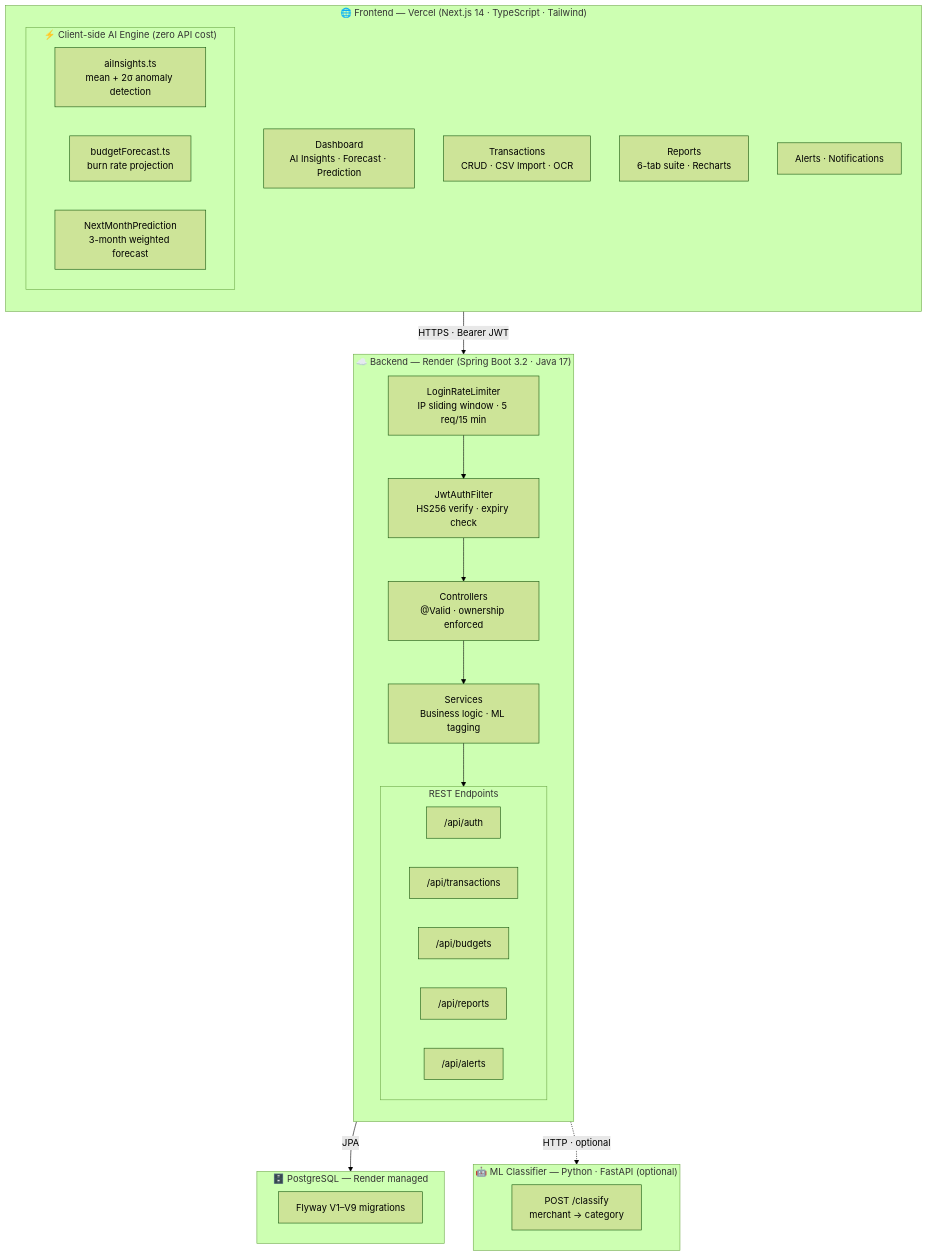
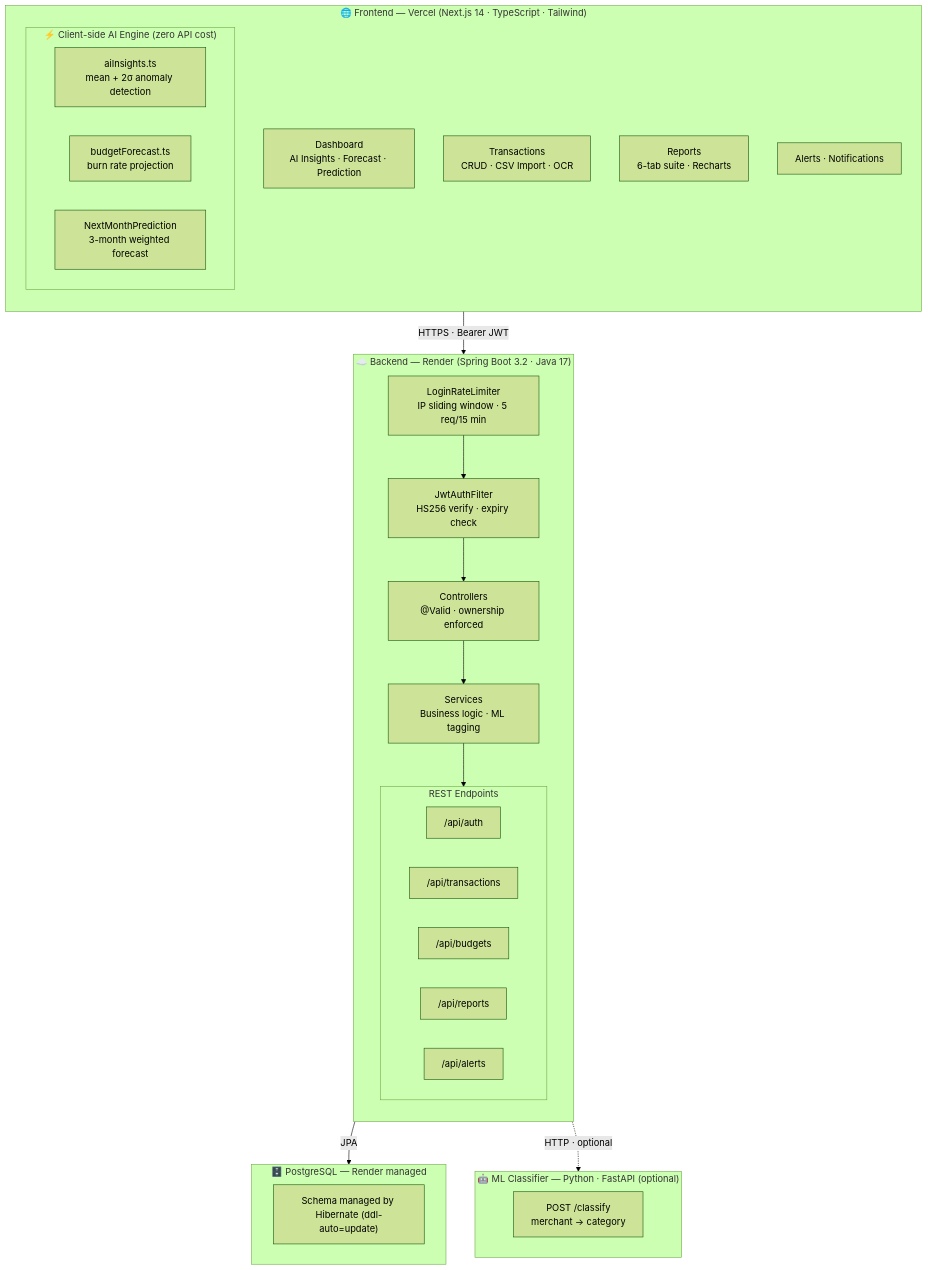
Before and after one commit to GanasalaChandana/FinTrack-AI-Powered-Personal-Finance-Platform: the diagram in README.md, drawn with Mermaid (forest theme). The commit also changed other lines of this file and 6 other files, not shown here.

````diff
--- a/README.md
+++ b/README.md
@@ -83,45 +83,45 @@
 ```mermaid
 flowchart TD
     subgraph FE["🌐 Frontend — Vercel (Next.js 14 · TypeScript · Tailwind)"]
         direction TB
         dash["Dashboard\nAI Insights · Forecast · Prediction"]
         txn["Transactions\nCRUD · CSV Import · OCR"]
         rep["Reports\n6-tab suite · Recharts"]
         ale["Alerts · Notifications"]
 
         subgraph AI["⚡ Client-side AI Engine (zero API cost)"]
             ai1["aiInsights.ts\nmean + 2σ anomaly detection"]
             ai2["budgetForecast.ts\nburn rate projection"]
             ai3["NextMonthPrediction\n3-month weighted forecast"]
         end
     end
 
     subgraph BE["☁️ Backend — Render (Spring Boot 3.2 · Java 17)"]
         direction TB
         rl["LoginRateLimiter\nIP sliding window · 5 req/15 min"]
         jwt["JwtAuthFilter\nHS256 verify · expiry check"]
         ctrl["Controllers\n@Valid · ownership enforced"]
         svc["Services\nBusiness logic · ML tagging"]
 
         subgraph API["REST Endpoints"]
             a1["/api/auth"]
             a2["/api/transactions"]
             a3["/api/budgets"]
             a4["/api/reports"]
             a5["/api/alerts"]
         end
     end
 
     subgraph DB["🗄️ PostgreSQL — Render managed"]
-        migrations["Flyway V1–V9 migrations"]
+        migrations["Schema managed by Hibernate (ddl-auto=update)"]
     end
 
     subgraph ML["🤖 ML Classifier — Python · FastAPI (optional)"]
         classify["POST /classify\nmerchant → category"]
     end
 
     FE -- "HTTPS · Bearer JWT" --> BE
     rl --> jwt --> ctrl --> svc --> API
     svc -- "JPA" --> DB
     svc -. "HTTP · optional" .-> ML
 ```
````
